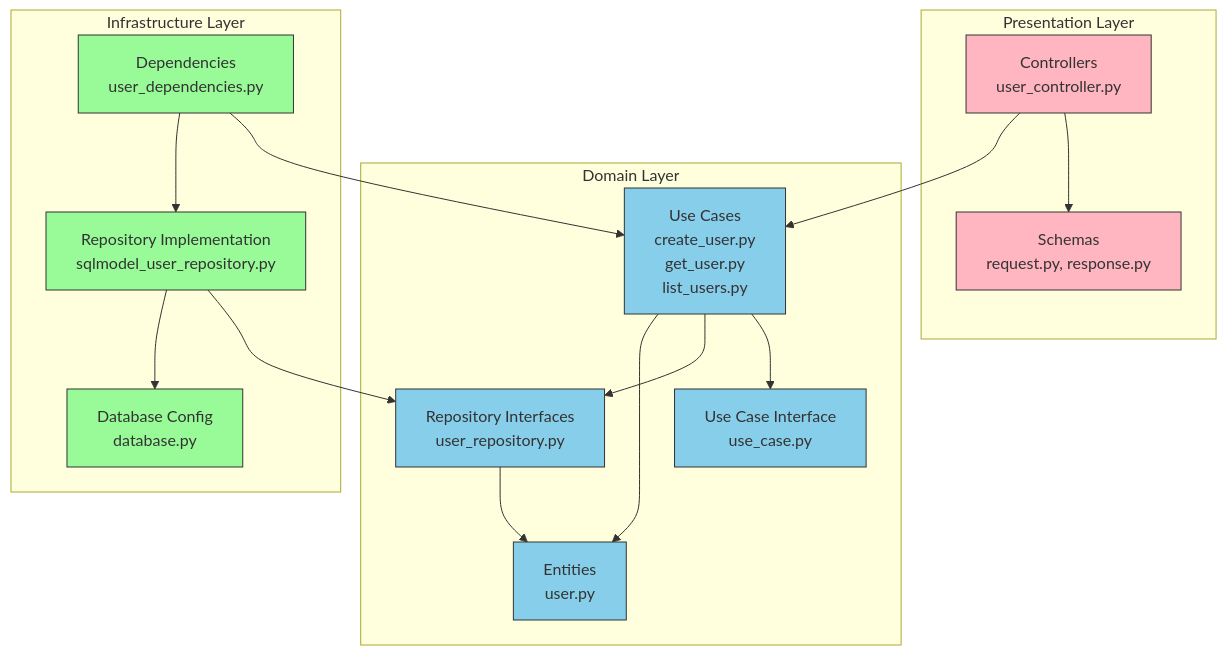
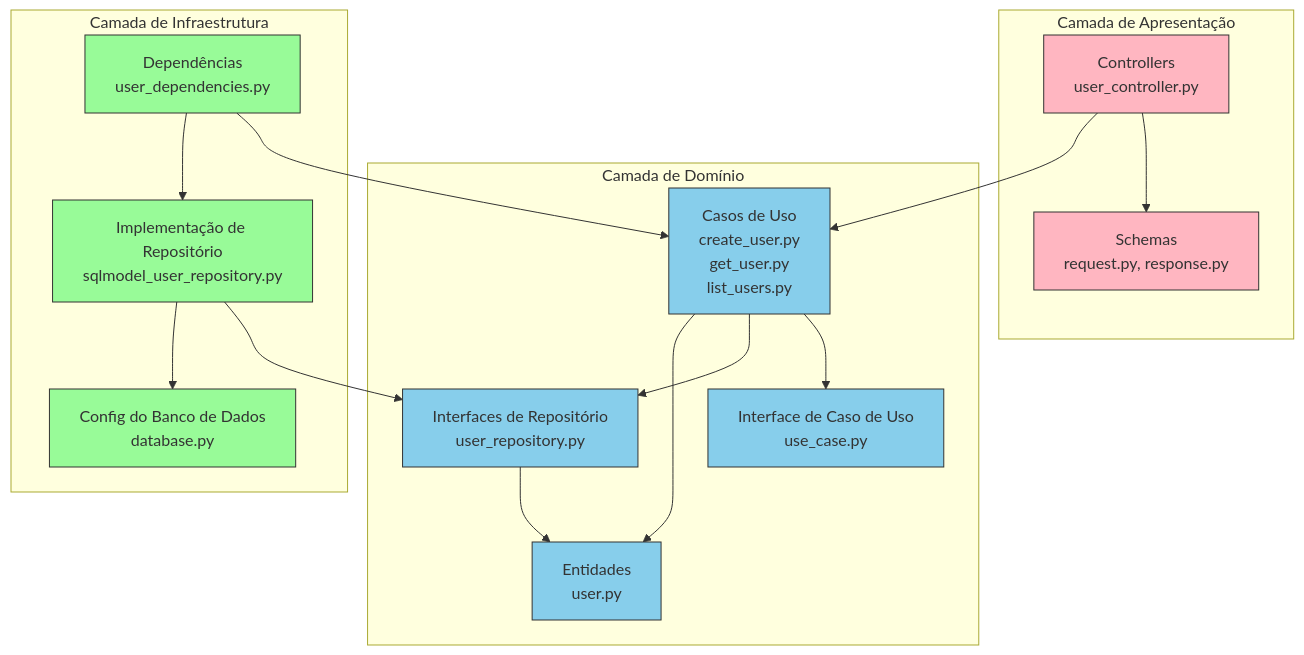
The diagram in README.md (walber-vaz/learn_clean_arch_fastapi), drawn with Mermaid before and after one commit. The commit also changed other lines of this file, not shown here.

````diff
--- a/README.md
+++ b/README.md
@@ -178,39 +178,39 @@
 ```mermaid
 graph TD
-    subgraph "Presentation Layer"
+    subgraph "Camada de Apresentação"
         Controllers["Controllers\nuser_controller.py"]
         Schemas["Schemas\nrequest.py, response.py"]
     end
 
-    subgraph "Domain Layer"
-        Entities["Entities\nuser.py"]
-        RepositoryInterfaces["Repository Interfaces\nuser_repository.py"]
-        UseCases["Use Cases\ncreate_user.py\nget_user.py\nlist_users.py"]
-        UseCase["Use Case Interface\nuse_case.py"]
+    subgraph "Camada de Domínio"
+        Entities["Entidades\nuser.py"]
+        RepositoryInterfaces["Interfaces de Repositório\nuser_repository.py"]
+        UseCases["Casos de Uso\ncreate_user.py\nget_user.py\nlist_users.py"]
+        UseCase["Interface de Caso de Uso\nuse_case.py"]
     end
 
-    subgraph "Infrastructure Layer"
-        RepositoryImpl["Repository Implementation\nsqlmodel_user_repository.py"]
-        DBConfig["Database Config\ndatabase.py"]
-        Dependencies["Dependencies\nuser_dependencies.py"]
+    subgraph "Camada de Infraestrutura"
+        RepositoryImpl["Implementação de Repositório\nsqlmodel_user_repository.py"]
+        DBConfig["Config do Banco de Dados\ndatabase.py"]
+        Dependencies["Dependências\nuser_dependencies.py"]
     end
 
     Controllers --> Schemas
     Controllers --> UseCases
     UseCases --> UseCase
     UseCases --> RepositoryInterfaces
     UseCases --> Entities
     RepositoryInterfaces --> Entities
     RepositoryImpl --> RepositoryInterfaces
     RepositoryImpl --> DBConfig
     Dependencies --> UseCases
     Dependencies --> RepositoryImpl
 
     classDef presentation fill:#FFB6C1,stroke:#333,stroke-width:1px;
     classDef domain fill:#87CEEB,stroke:#333,stroke-width:1px;
     classDef infrastructure fill:#98FB98,stroke:#333,stroke-width:1px;
 
     class Controllers,Schemas presentation;
     class Entities,RepositoryInterfaces,UseCases,UseCase domain;
     class RepositoryImpl,DBConfig,Dependencies infrastructure;
 ```
````
